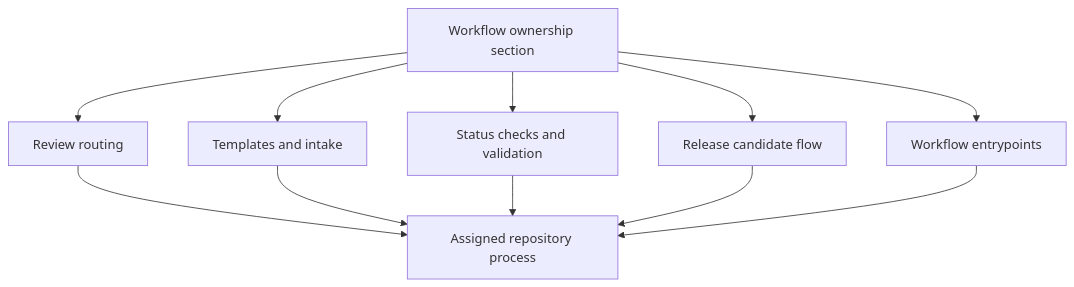
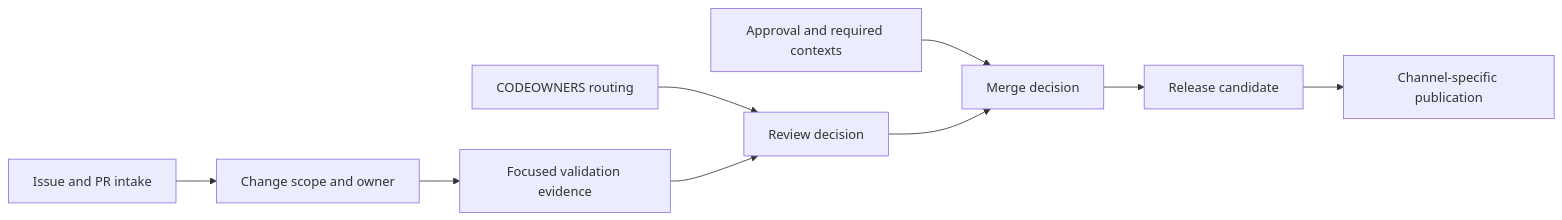
The diagram in docs/bijux-atlas-dev/workflow-ownership/index.md (bijux/bijux-atlas), drawn with Mermaid before and after one commit. The commit also changed other lines of this file and 2 other files, not shown here.

Commit message:
docs(workflows): align intake templates with review policy

````diff
--- a/docs/bijux-atlas-dev/workflow-ownership/index.md
+++ b/docs/bijux-atlas-dev/workflow-ownership/index.md
@@ -14,13 +18,11 @@
 ```mermaid
-flowchart TD
-    Ownership[Workflow ownership section] --> Review[Review routing]
-    Ownership --> Templates[Templates and intake]
-    Ownership --> Checks[Status checks and validation]
-    Ownership --> RC[Release candidate flow]
-    Ownership --> Entry[Workflow entrypoints]
-    Review --> Model[Assigned repository process]
-    Templates --> Model
-    Checks --> Model
-    RC --> Model
-    Entry --> Model
+flowchart LR
+    Intake[Issue and PR intake] --> Scope[Change scope and owner]
+    Ownership[CODEOWNERS routing] --> Review[Review decision]
+    Scope --> Evidence[Focused validation evidence]
+    Evidence --> Review
+    Policy[Approval and required contexts] --> Merge[Merge decision]
+    Review --> Merge
+    Merge --> Candidate[Release candidate]
+    Candidate --> Publish[Channel-specific publication]
 ```
````
